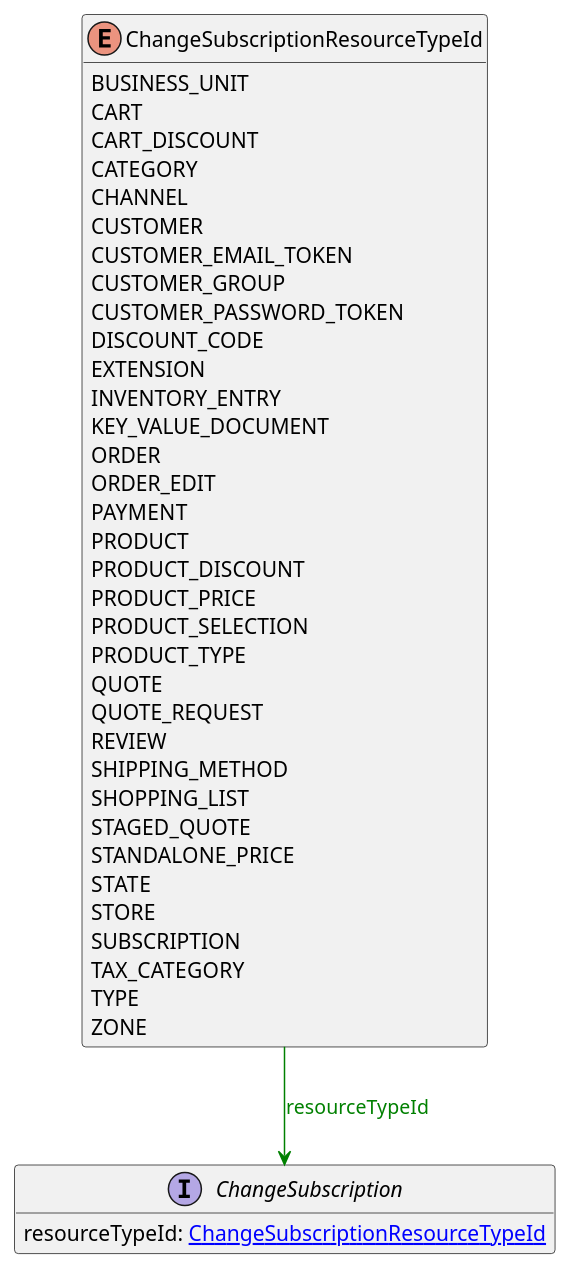
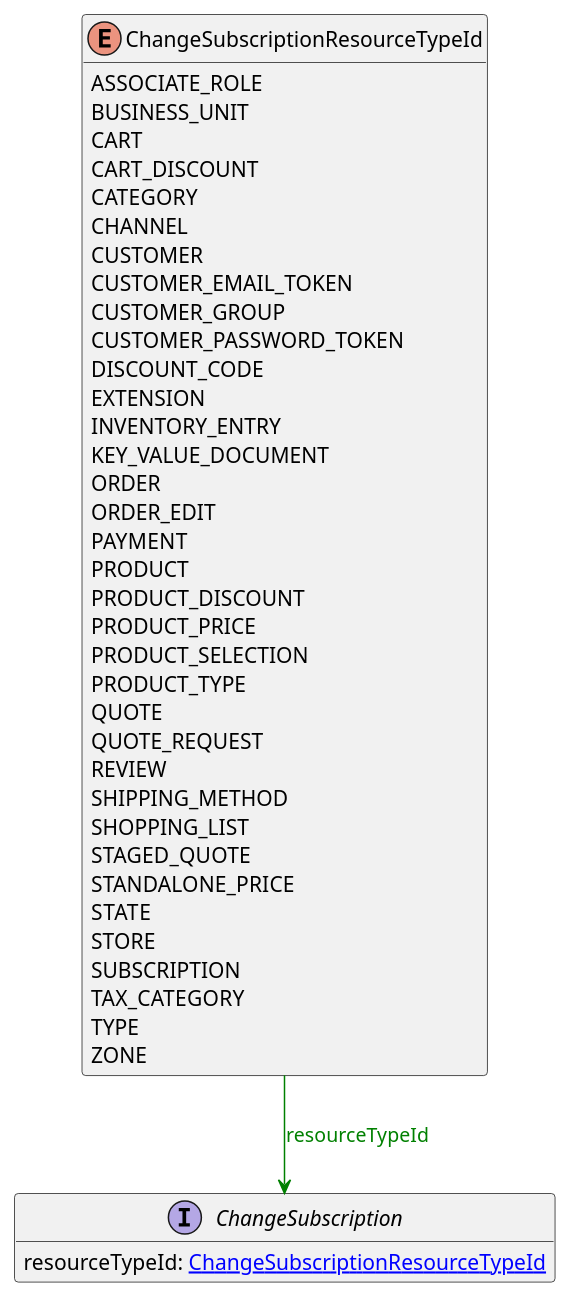
The diagram in uml/api/ChangeSubscriptionResourceTypeId.puml (commercetools/commercetools-api-reference), drawn with PlantUML before and after one commit. The commit also changed 2 other files, not shown here.

```diff
--- a/uml/api/ChangeSubscriptionResourceTypeId.puml
+++ b/uml/api/ChangeSubscriptionResourceTypeId.puml
@@ -1,44 +1,45 @@
 @startuml
 
 hide methods
 enum ChangeSubscriptionResourceTypeId {
+    ASSOCIATE_ROLE
     BUSINESS_UNIT
     CART
     CART_DISCOUNT
     CATEGORY
     CHANNEL
     CUSTOMER
     CUSTOMER_EMAIL_TOKEN
     CUSTOMER_GROUP
     CUSTOMER_PASSWORD_TOKEN
     DISCOUNT_CODE
     EXTENSION
     INVENTORY_ENTRY
     KEY_VALUE_DOCUMENT
     ORDER
     ORDER_EDIT
     PAYMENT
     PRODUCT
     PRODUCT_DISCOUNT
     PRODUCT_PRICE
     PRODUCT_SELECTION
     PRODUCT_TYPE
     QUOTE
     QUOTE_REQUEST
     REVIEW
     SHIPPING_METHOD
     SHOPPING_LIST
     STAGED_QUOTE
     STANDALONE_PRICE
     STATE
     STORE
     SUBSCRIPTION
     TAX_CATEGORY
     TYPE
     ZONE
 }
 interface ChangeSubscription [[ChangeSubscription.svg]]  {
     resourceTypeId: [[ChangeSubscriptionResourceTypeId.svg ChangeSubscriptionResourceTypeId]]
 }
 ChangeSubscriptionResourceTypeId --> ChangeSubscription #green;text:green : "resourceTypeId"
 @enduml
```
